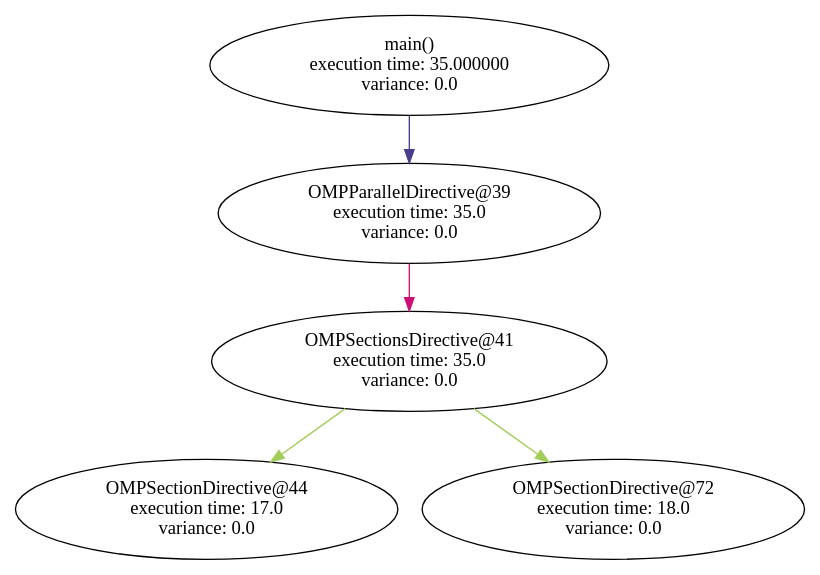
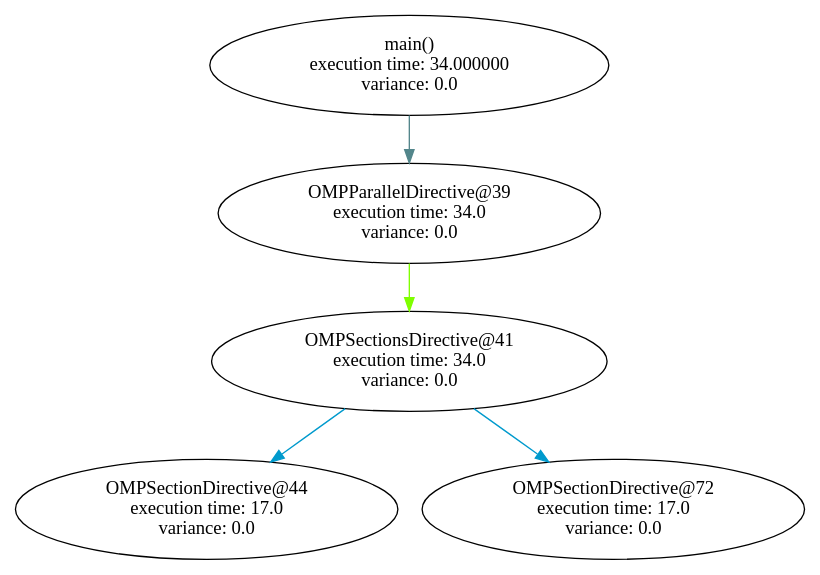
One commit to filippobrizzi/soma changed the diagram in graph_sched/graphs/main_code.dot. Above: the diagram before and after it, drawn with Graphviz. The commit also changed 12 other files, not shown here.

```diff
--- a/graph_sched/graphs/main_code.dot
+++ b/graph_sched/graphs/main_code.dot
@@ -1,32 +1,32 @@
 digraph G {
 	graph [bb="0,0,500,412"];
 	node [label="\N"];
 	main	 [height=1.041,
-		label="main()\n execution time: 35.000000\nvariance: 0.0",
+		label="main()\n execution time: 34.000000\nvariance: 0.0",
 		pos="250,374",
 		width=3.4507];
 	"OMPParallelDirective@39"	 [height=1.041,
-		label="OMPParallelDirective@39\n execution time: 35.0\nvariance: 0.0",
+		label="OMPParallelDirective@39\n execution time: 34.0\nvariance: 0.0",
 		pos="250,262",
 		width=3.346];
-	main -> "OMPParallelDirective@39"	 [color=darkslateblue,
+	main -> "OMPParallelDirective@39"	 [color=cadetblue4,
 		pos="e,250,299.84 250,336.37 250,327.93 250,318.83 250,310.01"];
 	"OMPSectionsDirective@41"	 [height=1.041,
-		label="OMPSectionsDirective@41\n execution time: 35.0\nvariance: 0.0",
+		label="OMPSectionsDirective@41\n execution time: 34.0\nvariance: 0.0",
 		pos="250,150",
 		width=3.4507];
-	"OMPParallelDirective@39" -> "OMPSectionsDirective@41"	 [color=deeppink3,
+	"OMPParallelDirective@39" -> "OMPSectionsDirective@41"	 [color=chartreuse1,
 		pos="e,250,187.84 250,224.37 250,215.93 250,206.83 250,198.01"];
 	"OMPSectionDirective@44"	 [height=1.041,
 		label="OMPSectionDirective@44\n execution time: 17.0\nvariance: 0.0",
 		pos="120,38",
 		width=3.346];
-	"OMPSectionsDirective@41" -> "OMPSectionDirective@44"	 [color=darkolivegreen3,
+	"OMPSectionsDirective@41" -> "OMPSectionDirective@44"	 [color=deepskyblue3,
 		pos="e,160.63,73.38 209.22,114.5 196.28,103.54 181.83,91.32 168.4,79.956"];
 	"OMPSectionDirective@72"	 [height=1.041,
-		label="OMPSectionDirective@72\n execution time: 18.0\nvariance: 0.0",
+		label="OMPSectionDirective@72\n execution time: 17.0\nvariance: 0.0",
 		pos="380,38",
 		width=3.346];
-	"OMPSectionsDirective@41" -> "OMPSectionDirective@72"	 [color=darkolivegreen3,
+	"OMPSectionsDirective@41" -> "OMPSectionDirective@72"	 [color=deepskyblue3,
 		pos="e,339.37,73.38 290.78,114.5 303.72,103.54 318.17,91.32 331.6,79.956"];
 }
```
